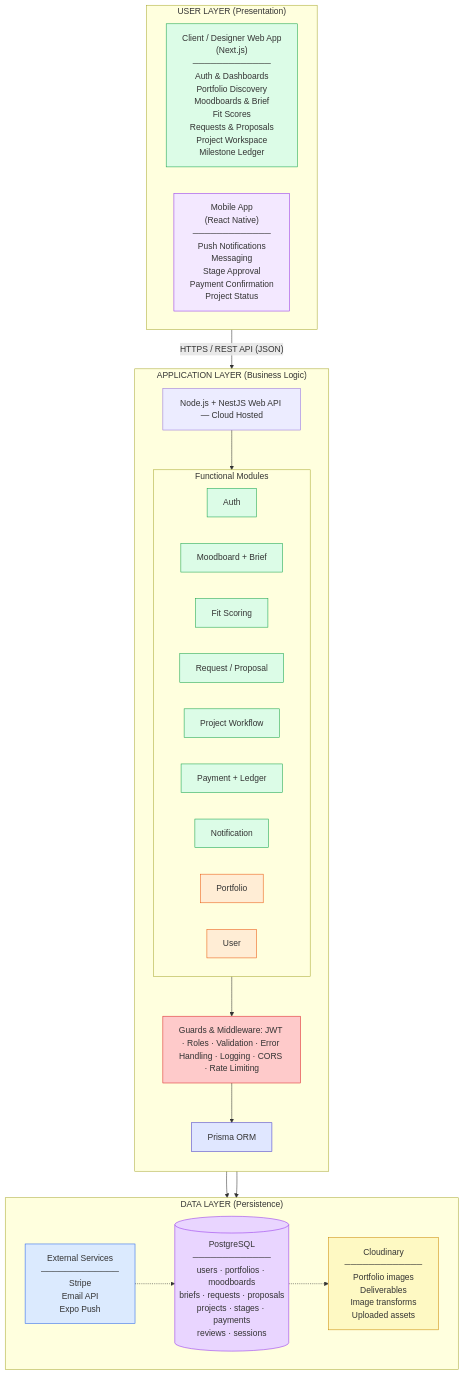
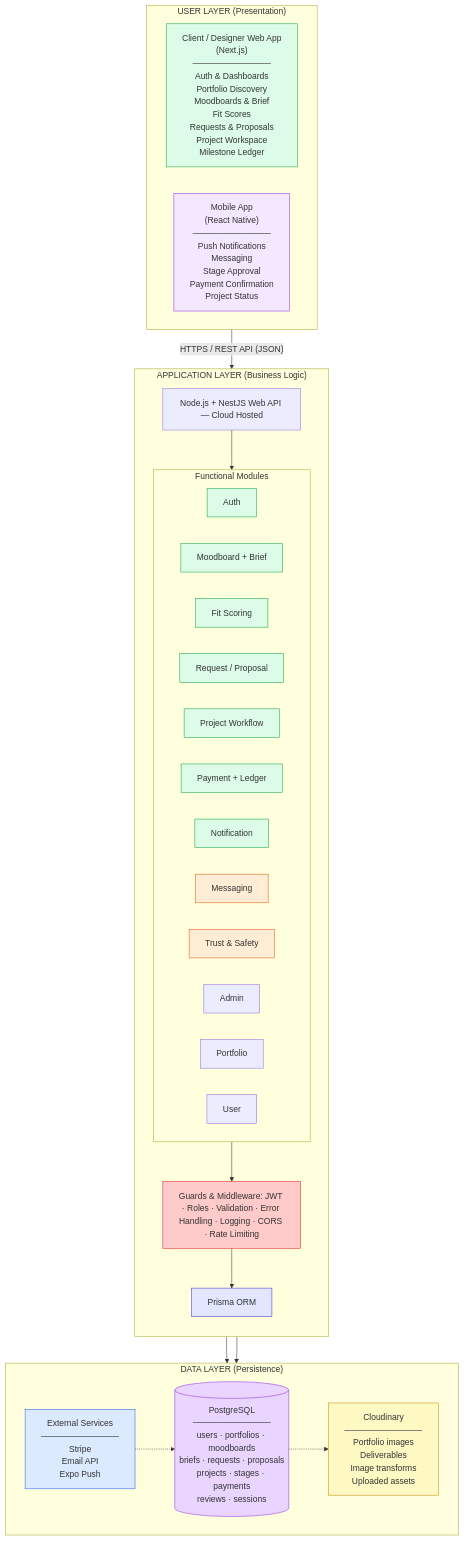
The third of 4 diagrams in docs/Proposal/diagrams/architecture-diagrams.md (MNSBaanu/Inside), drawn with Mermaid before and after one commit. The commit also changed other lines of this file and 13 other files, not shown here.

````diff
--- a/docs/Proposal/diagrams/architecture-diagrams.md
+++ b/docs/Proposal/diagrams/architecture-diagrams.md
@@ -141,62 +146,65 @@
 ```mermaid
 flowchart TB
     subgraph userLayer ["USER LAYER (Presentation)"]
         direction LR
         Web["Client / Designer Web App<br/>(Next.js)<br/>─────────────<br/>Auth & Dashboards<br/>Portfolio Discovery<br/>Moodboards & Brief<br/>Fit Scores<br/>Requests & Proposals<br/>Project Workspace<br/>Milestone Ledger"]
         Mobile["Mobile App<br/>(React Native)<br/>─────────────<br/>Push Notifications<br/>Messaging<br/>Stage Approval<br/>Payment Confirmation<br/>Project Status"]
     end
 
     userLayer -->|"HTTPS / REST API (JSON)"| appLayer
 
     subgraph appLayer ["APPLICATION LAYER (Business Logic)"]
         direction TB
         API["Node.js + NestJS Web API — Cloud Hosted"]
         subgraph modules ["Functional Modules"]
             direction LR
             M1["Auth"]
             M2["Moodboard + Brief"]
             M3["Fit Scoring"]
             M4["Request / Proposal"]
             M5["Project Workflow"]
             M6["Payment + Ledger"]
             M7["Notification"]
-            M8["Portfolio"]
-            M9["User"]
+            M8["Messaging"]
+            M9["Trust & Safety"]
+            M10["Admin"]
+            M11["Portfolio"]
+            M12["User"]
         end
         MW["Guards & Middleware: JWT · Roles · Validation · Error Handling · Logging · CORS · Rate Limiting"]
         PR["Prisma ORM"]
         API --> modules
         modules --> MW
         MW --> PR
     end
 
     appLayer --> dataLayer
 
     subgraph dataLayer ["DATA LAYER (Persistence)"]
         direction LR
         Ext["External Services<br/>─────────────<br/>Stripe<br/>Email API<br/>Expo Push"]
         DB[("PostgreSQL<br/>─────────────<br/>users · portfolios · moodboards<br/>briefs · requests · proposals<br/>projects · stages · payments<br/>reviews · sessions")]
         CL["Cloudinary<br/>─────────────<br/>Portfolio images<br/>Deliverables<br/>Image transforms<br/>Uploaded assets"]
         Ext -.-> DB
         DB -.-> CL
     end
 
     PR --> DB
 
     style Web fill:#dcfce7,stroke:#16a34a
     style Mobile fill:#f3e8ff,stroke:#9333ea
     style MW fill:#fecaca,stroke:#dc2626
     style PR fill:#e0e7ff,stroke:#4338ca
     style M1 fill:#dcfce7,stroke:#16a34a
     style M2 fill:#dcfce7,stroke:#16a34a
     style M3 fill:#dcfce7,stroke:#16a34a
     style M4 fill:#dcfce7,stroke:#16a34a
     style M5 fill:#dcfce7,stroke:#16a34a
     style M6 fill:#dcfce7,stroke:#16a34a
     style M7 fill:#dcfce7,stroke:#16a34a
     style M8 fill:#ffedd5,stroke:#ea580c
     style M9 fill:#ffedd5,stroke:#ea580c
     style DB fill:#e9d5ff,stroke:#9333ea
     style Ext fill:#dbeafe,stroke:#2563eb
     style CL fill:#fef9c3,stroke:#ca8a04
 ```
````
